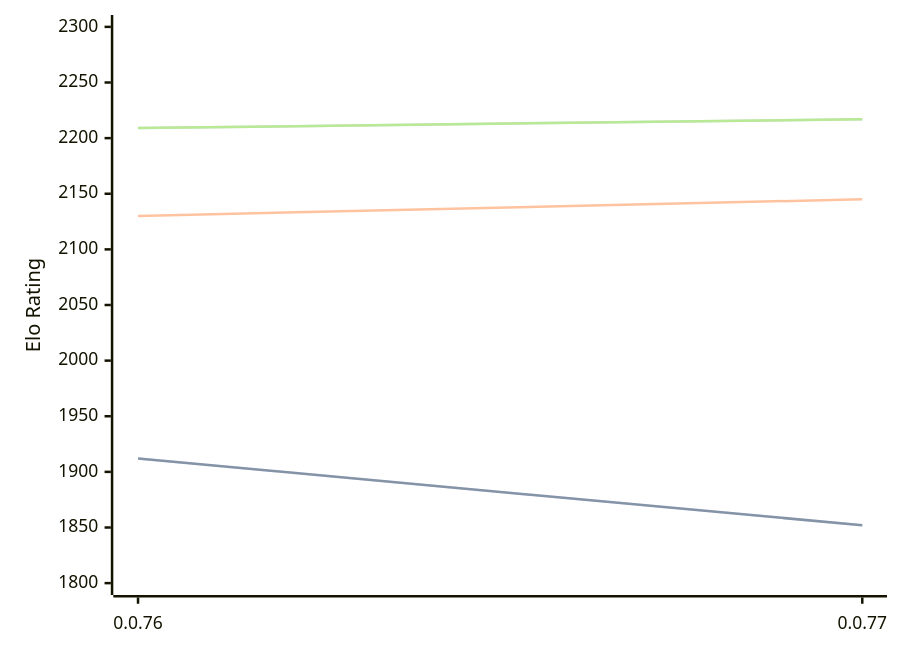
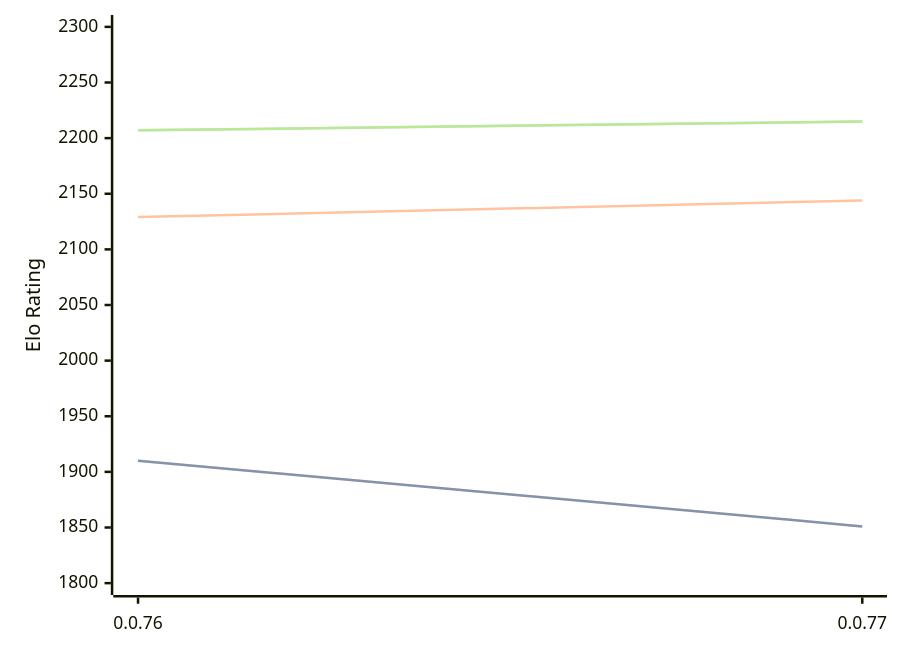
The diagram in engines/Fktb.md (computer-chess-index/cci), drawn with Mermaid before and after one commit. The commit also changed other lines of this file, not shown here.

Commit message:
Update CCI Ratings (ELO VLTC) - 2026-06-07

````diff
--- a/engines/Fktb.md
+++ b/engines/Fktb.md
@@ -32,11 +32,11 @@
 ```mermaid
 %%{init: {"theme":"base","themeVariables":{"seriesColors:['#a3a3a3','#222221','#faa371']}}}%%
 xychart-beta
   x-axis ["0.0.76", "0.0.77"]
   y-axis "Elo Rating" 1800 --> 2300
-  line "STC (8.0+0.08s)" [1912, 1852]
-  line "STC (8.0+0.08s)" [1912, 1852]
-  line "LTC (60.0+0.60s)" [2130, 2145]
-  line "VLTC (2m24s+1.12s)" [2209, 2217]
-  line "VLTC (2m24s+1.12s)" [2209, 2217]
+  line "STC (8.0+0.08s)" [1910, 1851]
+  line "STC (8.0+0.08s)" [1910, 1851]
+  line "LTC (60.0+0.60s)" [2129, 2144]
+  line "VLTC (2m24s+1.12s)" [2207, 2215]
+  line "VLTC (2m24s+1.12s)" [2207, 2215]
 ```
````
